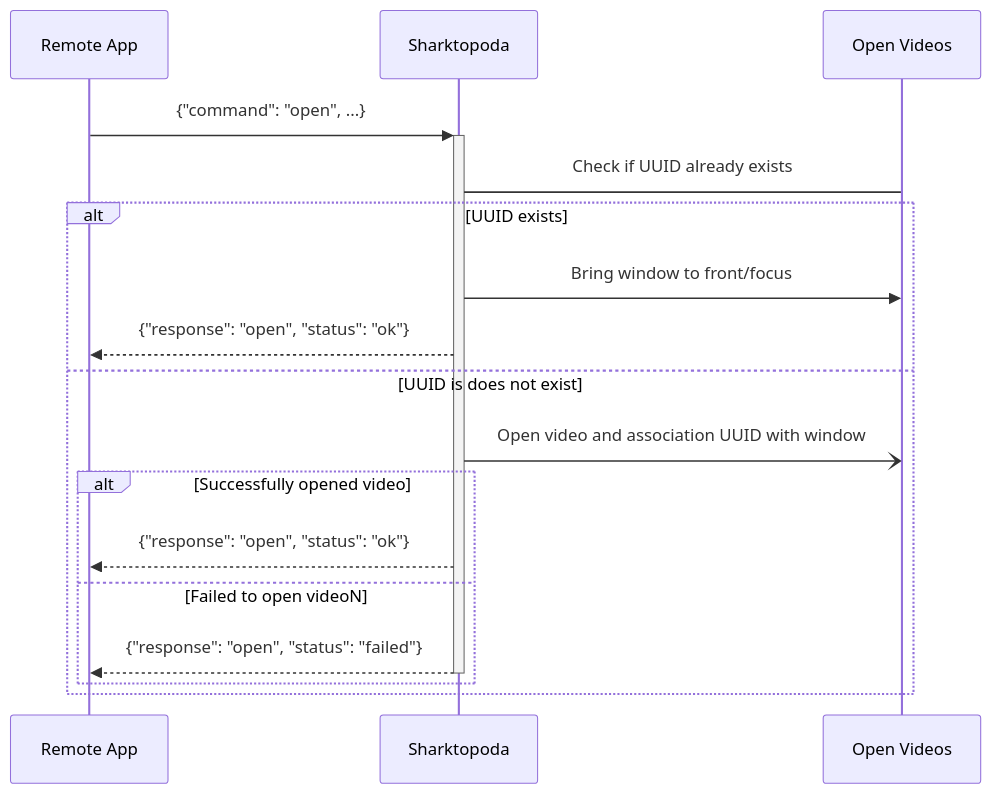
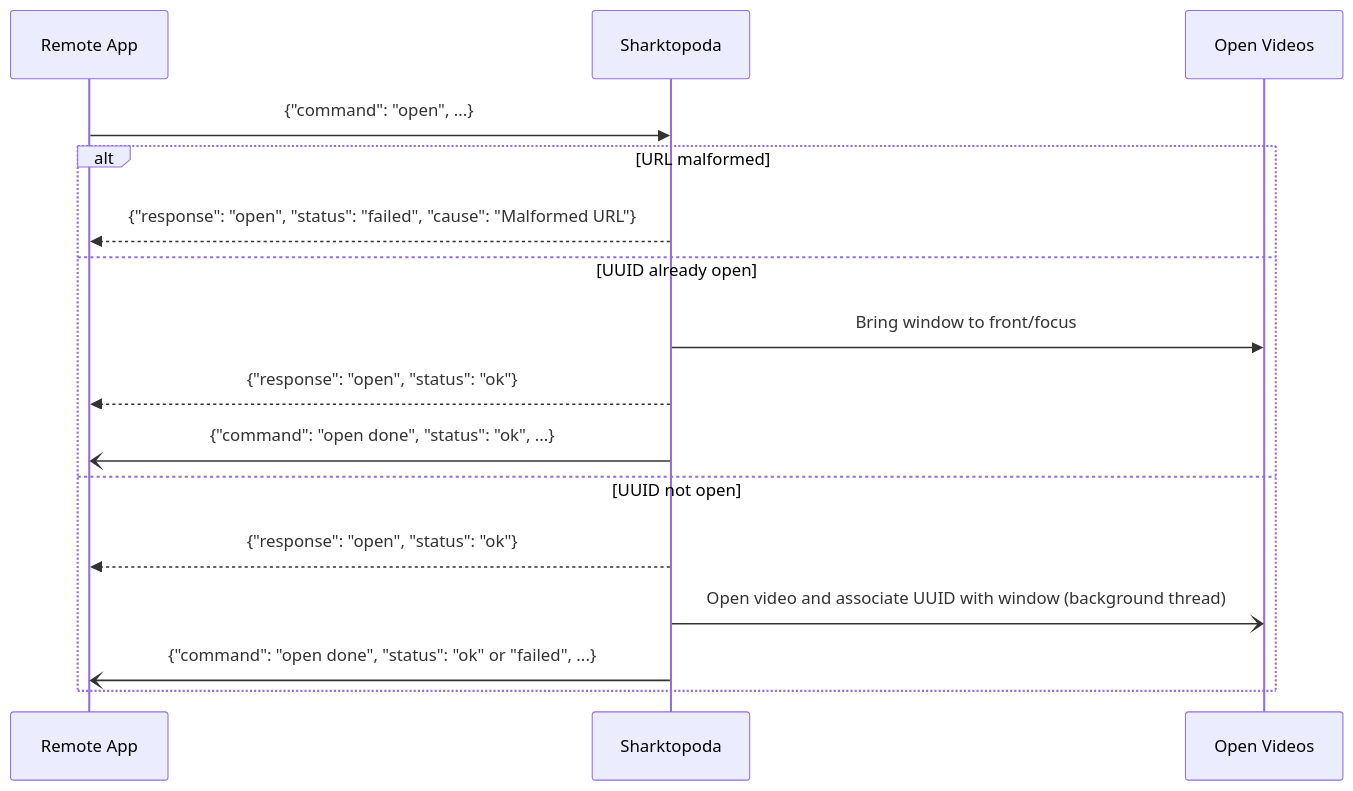
Before and after one commit to mbari-org/Sharktopoda: the fourth of 5 diagrams in Requirements/UDP_Remote_Protocol.md, drawn with Mermaid. The commit also changed other lines of this file and 6 other files, not shown here.

````diff
--- a/Requirements/UDP_Remote_Protocol.md
+++ b/Requirements/UDP_Remote_Protocol.md
@@ -167,20 +177,19 @@
 ```mermaid
 sequenceDiagram
     participant R as Remote App
     participant S as Sharktopoda
     participant V as Open Videos
 
-    R->>+S: {"command": "open", ...}
-    S->V: Check if UUID already exists
-    alt UUID exists
+    R->>S: {"command": "open", ...}
+    alt URL malformed
+      S-->>R: {"response": "open", "status": "failed", "cause": "Malformed URL"}
+    else UUID already open
       S->>V: Bring window to front/focus
-      S-->>R: {"response": "open", "status": "ok"} 
-    else UUID is does not exist
-      S-)V: Open video and association UUID with window
-      alt Successfully opened video
-        S-->>R: {"response": "open", "status": "ok"} 
-      else Failed to open videoN
-        S-->>-R: {"response": "open", "status": "failed"} 
-      end
+      S-->>R: {"response": "open", "status": "ok"}
+      S-)R: {"command": "open done", "status": "ok", ...}
+    else UUID not open
+      S-->>R: {"response": "open", "status": "ok"}
+      S-)V: Open video and associate UUID with window (background thread)
+      S-)R: {"command": "open done", "status": "ok" or "failed", ...}
     end
 ```
````
